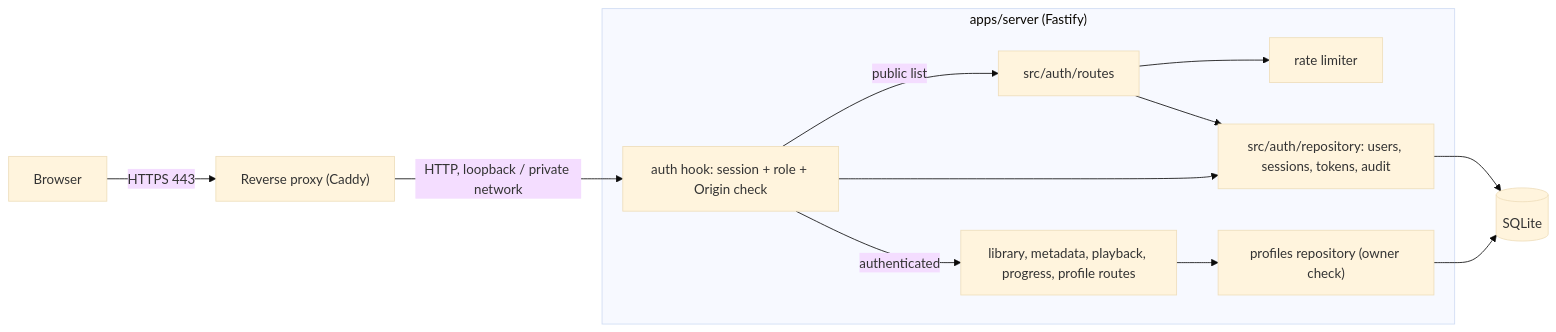
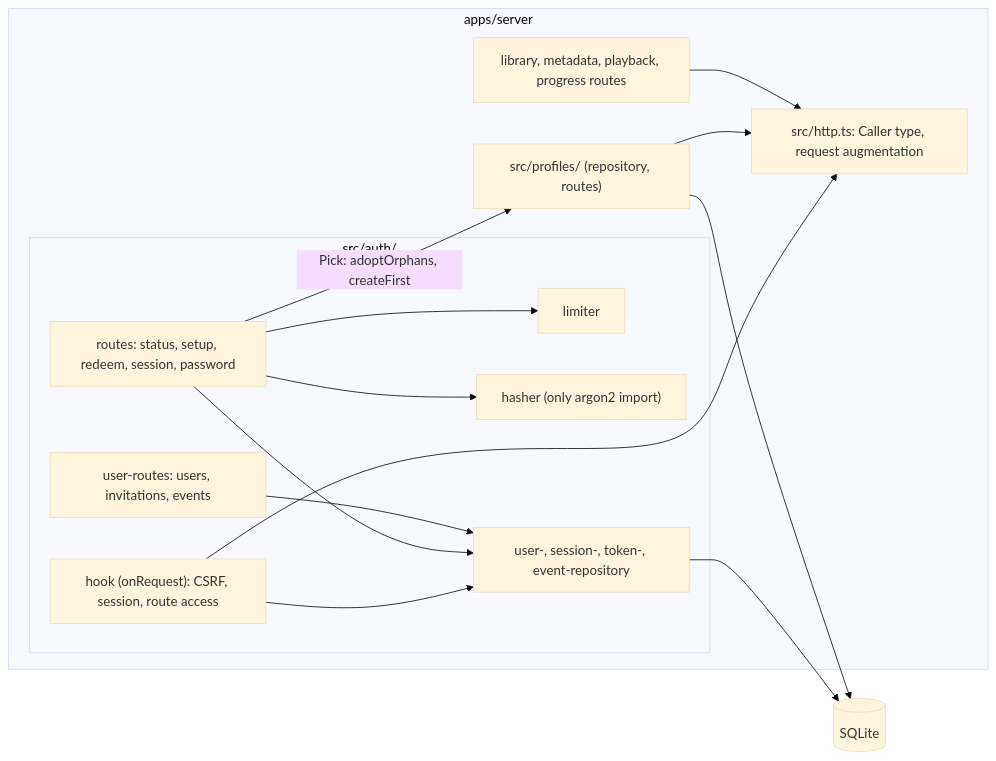
One commit to benoit-bremaud/popcorntv changed the diagram in docs/architecture/diagrams/auth/03-component.md. Above: the diagram before and after it, drawn with Mermaid (base theme). The commit also changed other lines of this file and 11 other files, not shown here.

````diff
--- a/docs/architecture/diagrams/auth/03-component.md
+++ b/docs/architecture/diagrams/auth/03-component.md
@@ -13,22 +15,29 @@
 ```mermaid
 flowchart LR
-  Browser["Browser"] -->|"HTTPS 443"| Proxy["Reverse proxy (Caddy)"]
-  Proxy -->|"HTTP, loopback / private network"| Hook
+  subgraph Server["apps/server"]
+    Http["src/http.ts: Caller type, request augmentation"]
+    subgraph Auth["src/auth/"]
+      Hook["hook (onRequest): CSRF, session, route access"]
+      Routes["routes: status, setup, redeem, session, password"]
+      UserRoutes["user-routes: users, invitations, events"]
+      Limiter["limiter"]
+      Hasher["hasher (only argon2 import)"]
+      Repos["user-, session-, token-, event-repository"]
+    end
+    Profiles["src/profiles/ (repository, routes)"]
+    Others["library, metadata, playback, progress routes"]
+  end
+  DB[("SQLite")]
 
-  subgraph Server["apps/server (Fastify)"]
-    Hook["auth hook: session + role + Origin check"]
-    AuthRoutes["src/auth/routes"]
-    Limiter["rate limiter"]
-    AuthRepo["src/auth/repository: users, sessions, tokens, audit"]
-    Existing["library, metadata, playback, progress, profile routes"]
-    Hook -->|"public list"| AuthRoutes
-    Hook -->|"authenticated"| Existing
-    AuthRoutes --> Limiter
-    AuthRoutes --> AuthRepo
-    Hook --> AuthRepo
-    Existing --> ProfRepo["profiles repository (owner check)"]
-  end
-
-  AuthRepo --> DB[("SQLite")]
-  ProfRepo --> DB
+  Hook --> Repos
+  Hook --> Http
+  Routes --> Limiter
+  Routes --> Hasher
+  Routes --> Repos
+  UserRoutes --> Repos
+  Routes -->|"Pick: adoptOrphans, createFirst"| Profiles
+  Profiles --> Http
+  Others --> Http
+  Repos --> DB
+  Profiles --> DB
 ```
````
